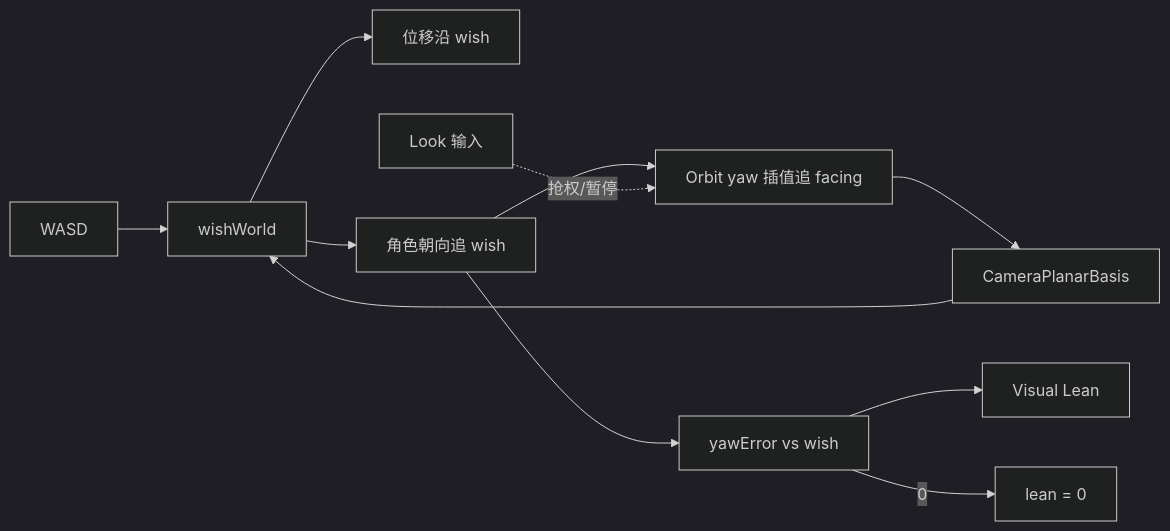
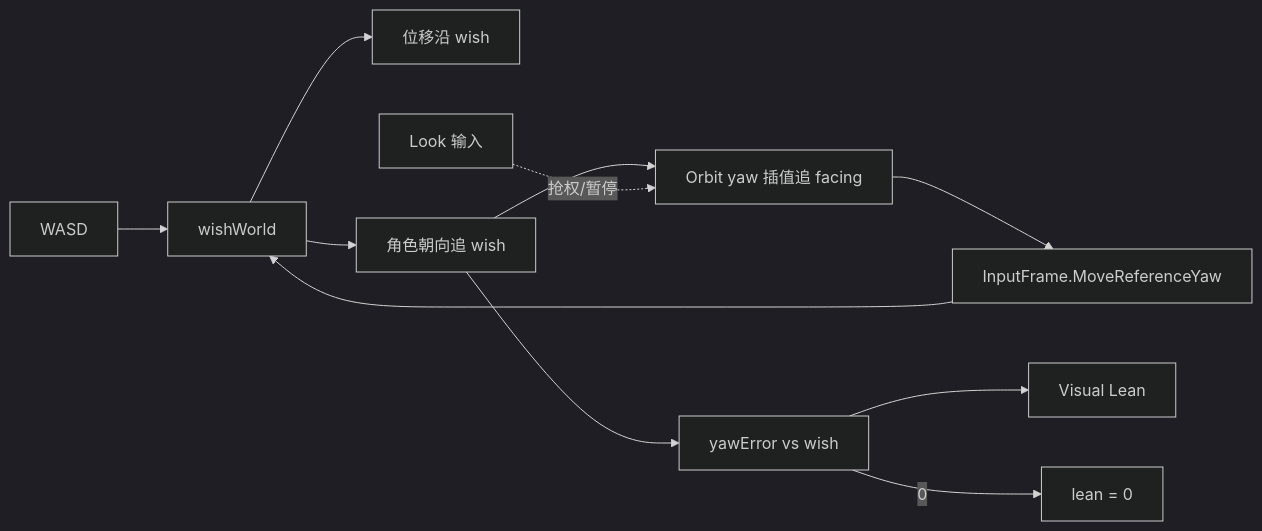
One commit to diosamacao/DiavoloGame changed the diagram in docs/2026.8.10/LOCOMOTION_DIRECTIONAL_ANIMSET_PLAN.md. Above: the diagram before and after it, drawn with Mermaid (dark theme). The commit also changed other lines of this file and 69 other files, not shown here.

Commit message:
更新 ACTGame 架构文档，记录 2026-08-13 的审计结果，新增 Camera C1 前置功能，优化输入闭包与目标权威管理，确保角色仅维护唯一 SelectedTargetId，删除过时的 PlanarBasis 依赖，更新相关技术文档以反映新功能与结构。

````diff
--- a/docs/2026.8.10/LOCOMOTION_DIRECTIONAL_ANIMSET_PLAN.md
+++ b/docs/2026.8.10/LOCOMOTION_DIRECTIONAL_ANIMSET_PLAN.md
@@ -128,13 +129,13 @@
 ```mermaid
 flowchart LR
   WASD[WASD] --> Wish[wishWorld]
-  Basis[CameraPlanarBasis] --> Wish
+  Yaw[InputFrame.MoveReferenceYaw] --> Wish
   Wish --> Move[位移沿 wish]
   Wish --> Face[角色朝向追 wish]
   Face --> CamYaw[Orbit yaw 插值追 facing]
   Look[Look 输入] -.->|抢权/暂停| CamYaw
-  CamYaw --> Basis
+  CamYaw --> Yaw
   Face --> Err[yawError vs wish]
   Err --> Lean[Visual Lean]
   Err -->|0| Lean0[lean = 0]
 ```
````
